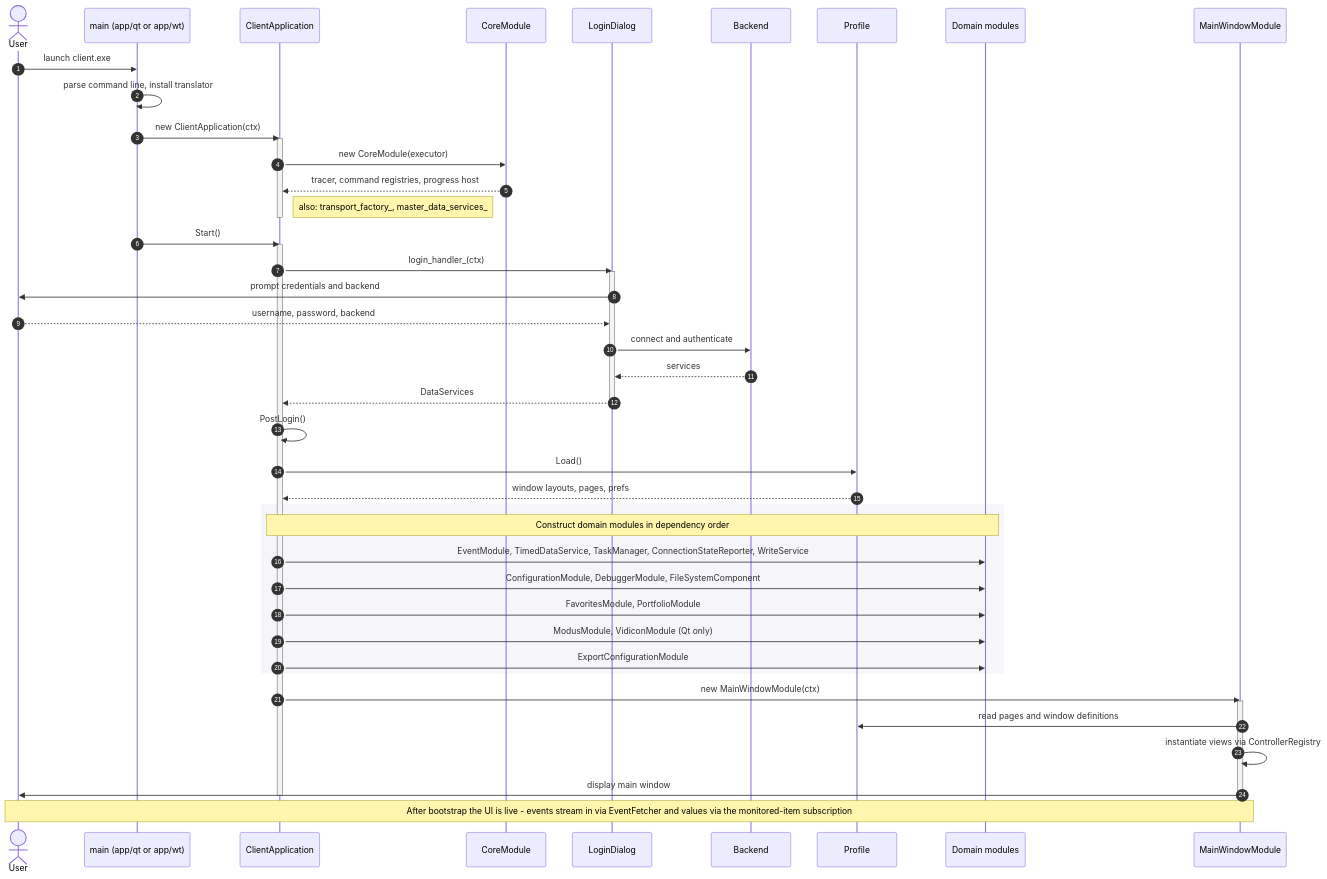
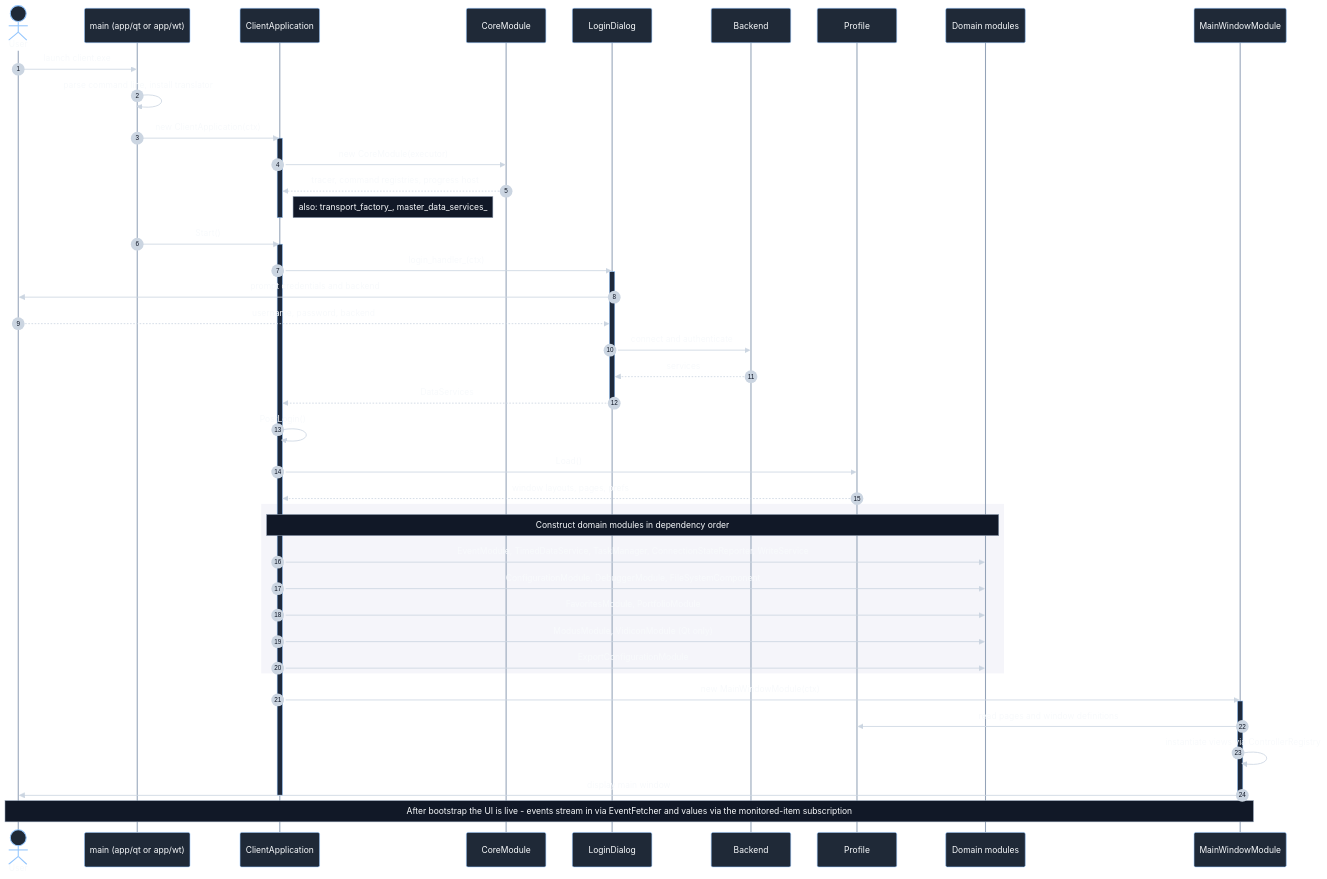
The diagram in docs/bootstrap-sequence.mmd (alexsmn/scada-client), drawn with Mermaid before and after one commit. The commit also changed other lines of this file and 8 other files, not shown here.

```diff
--- a/docs/bootstrap-sequence.mmd
+++ b/docs/bootstrap-sequence.mmd
@@ -1,54 +1,80 @@
+%%{init: {
+  'theme': 'base',
+  'themeVariables': {
+    'background': 'transparent',
+    'primaryTextColor': '#f8fafc',
+    'secondaryTextColor': '#f8fafc',
+    'tertiaryTextColor': '#f8fafc',
+    'lineColor': '#cbd5e1',
+    'signalColor': '#cbd5e1',
+    'signalTextColor': '#f8fafc',
+    'actorBorder': '#93c5fd',
+    'actorBkg': '#1f2937',
+    'actorTextColor': '#f8fafc',
+    'actorLineColor': '#94a3b8',
+    'labelBoxBkgColor': '#111827',
+    'labelBoxBorderColor': '#94a3b8',
+    'labelTextColor': '#f8fafc',
+    'loopTextColor': '#f8fafc',
+    'noteBorderColor': '#94a3b8',
+    'noteBkgColor': '#111827',
+    'noteTextColor': '#f8fafc',
+    'activationBorderColor': '#93c5fd',
+    'activationBkgColor': '#1e293b',
+    'sequenceNumberColor': '#111827'
+  }
+}}%%
 sequenceDiagram
     autonumber
     actor User
     participant Main as main (app/qt or app/wt)
     participant App as ClientApplication
     participant Core as CoreModule
     participant Login as LoginDialog
     participant Backend
     participant Profile
     participant Modules as Domain modules
     participant MW as MainWindowModule
 
     User->>Main: launch client.exe
     Main->>Main: parse command line, install translator
     Main->>App: new ClientApplication(ctx)
     activate App
     App->>Core: new CoreModule(executor)
     Core-->>App: tracer, command registries, progress host
     Note right of App: also: transport_factory_, master_data_services_
     deactivate App
 
     Main->>App: Start()
     activate App
     App->>Login: login_handler_(ctx)
     activate Login
     Login->>User: prompt credentials and backend
     User-->>Login: username, password, backend
     Login->>Backend: connect and authenticate
     Backend-->>Login: services
     Login-->>App: DataServices
     deactivate Login
 
     App->>App: PostLogin()
     App->>Profile: Load()
     Profile-->>App: window layouts, pages, prefs
 
     rect rgb(245, 245, 250)
     Note over App,Modules: Construct domain modules in dependency order
     App->>Modules: EventModule, TimedDataService, TaskManager, ConnectionStateReporter, WriteService
     App->>Modules: ConfigurationModule, DebuggerModule, FileSystemComponent
     App->>Modules: FavoritesModule, PortfolioModule
     App->>Modules: ModusModule, VidiconModule (Qt only)
     App->>Modules: ExportConfigurationModule
     end
 
     App->>MW: new MainWindowModule(ctx)
     activate MW
     MW->>Profile: read pages and window definitions
     MW->>MW: instantiate views via ControllerRegistry
     MW->>User: display main window
     deactivate MW
     deactivate App
 
     Note over User,MW: After bootstrap the UI is live - events stream in via EventFetcher and values via the monitored-item subscription
```
